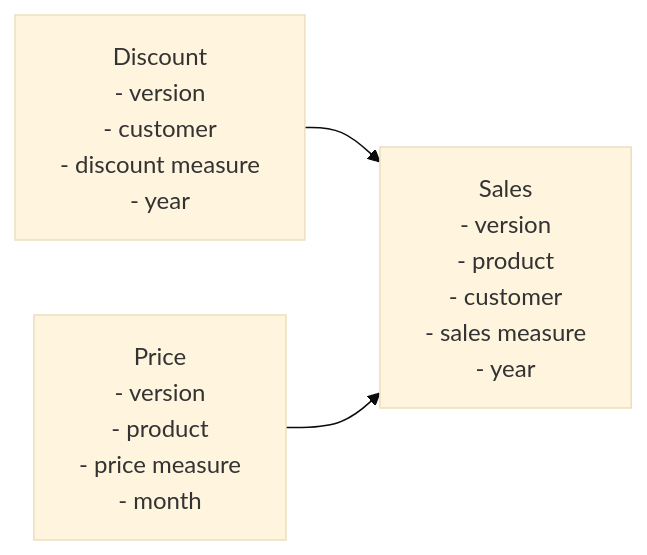
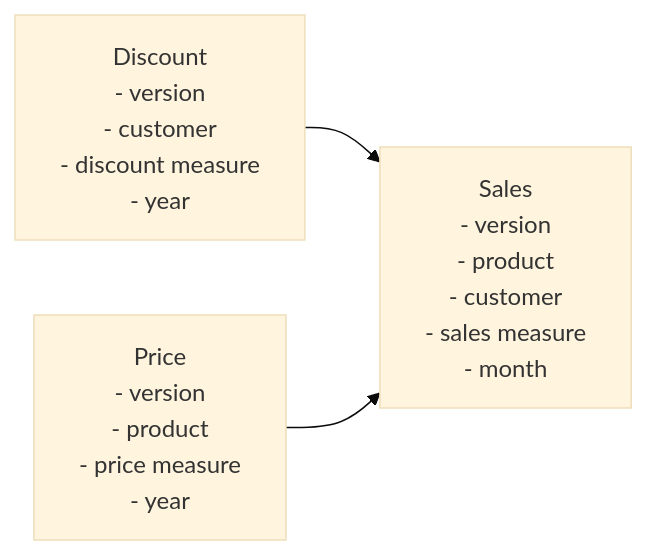
Before and after one commit to ykud/tm1bench: the diagram in README.md, drawn with Mermaid (base theme). The commit also changed other lines of this file, not shown here.

````diff
--- a/README.md
+++ b/README.md
@@ -8,22 +8,22 @@
 ```mermaid
 %%{init: {"flowchart" }%%
 flowchart LR
     discount["`Discount
     - version
     - customer
     - discount measure
     - year`"]
     price["`Price
     - version
     - product
     - price measure
-    - month`"]
+    - year`"]
     sales["`Sales
     - version
     - product
     - customer
     - sales measure
-    - year`"]
+    - month`"]
     discount --> sales
     price --> sales
 ```
````
